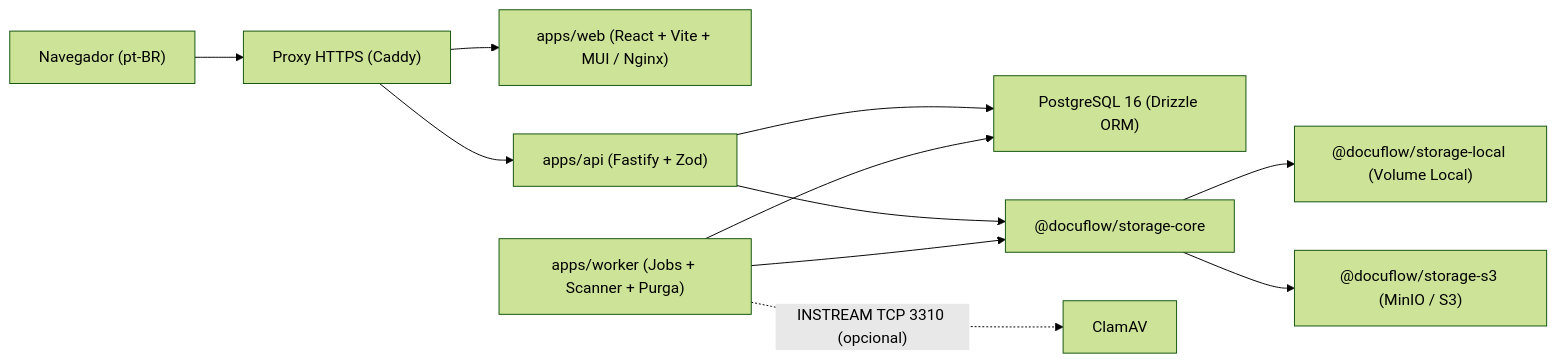
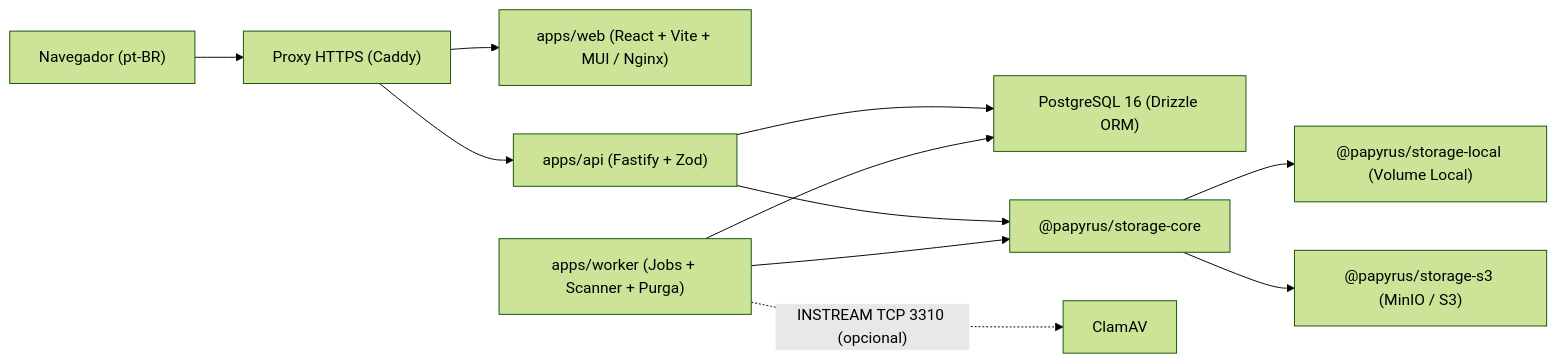
The diagram in README.md (vieirafabiog/papyrus), drawn with Mermaid (forest theme) before and after one commit. The commit also changed other lines of this file and 307 other files, not shown here.

Commit message:
refactor(monorepo): complete technical rebrand from docuflow to papyrus

````diff
--- a/README.md
+++ b/README.md
@@ -68,13 +68,13 @@
 ```mermaid
 flowchart LR
     Browser["Navegador (pt-BR)"] --> Caddy["Proxy HTTPS (Caddy)"]
     Caddy --> Web["apps/web (React + Vite + MUI / Nginx)"]
     Caddy --> API["apps/api (Fastify + Zod)"]
     API --> PG["PostgreSQL 16 (Drizzle ORM)"]
     Worker["apps/worker (Jobs + Scanner + Purga)"] --> PG
-    API --> StorageCore["@docuflow/storage-core"]
+    API --> StorageCore["@papyrus/storage-core"]
     Worker --> StorageCore
-    StorageCore --> Local["@docuflow/storage-local (Volume Local)"]
-    StorageCore --> S3["@docuflow/storage-s3 (MinIO / S3)"]
+    StorageCore --> Local["@papyrus/storage-local (Volume Local)"]
+    StorageCore --> S3["@papyrus/storage-s3 (MinIO / S3)"]
     Worker -. "INSTREAM TCP 3310 (opcional)" .-> ClamAV["ClamAV"]
 ```
````
